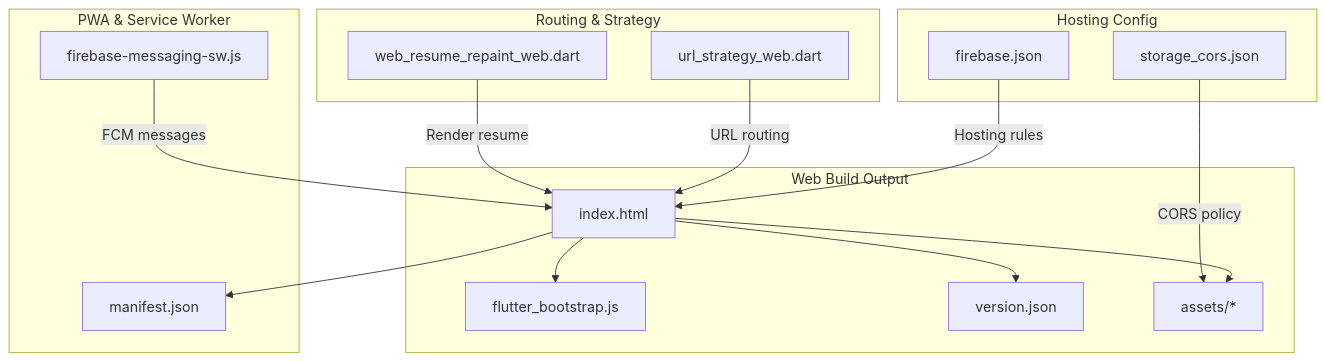
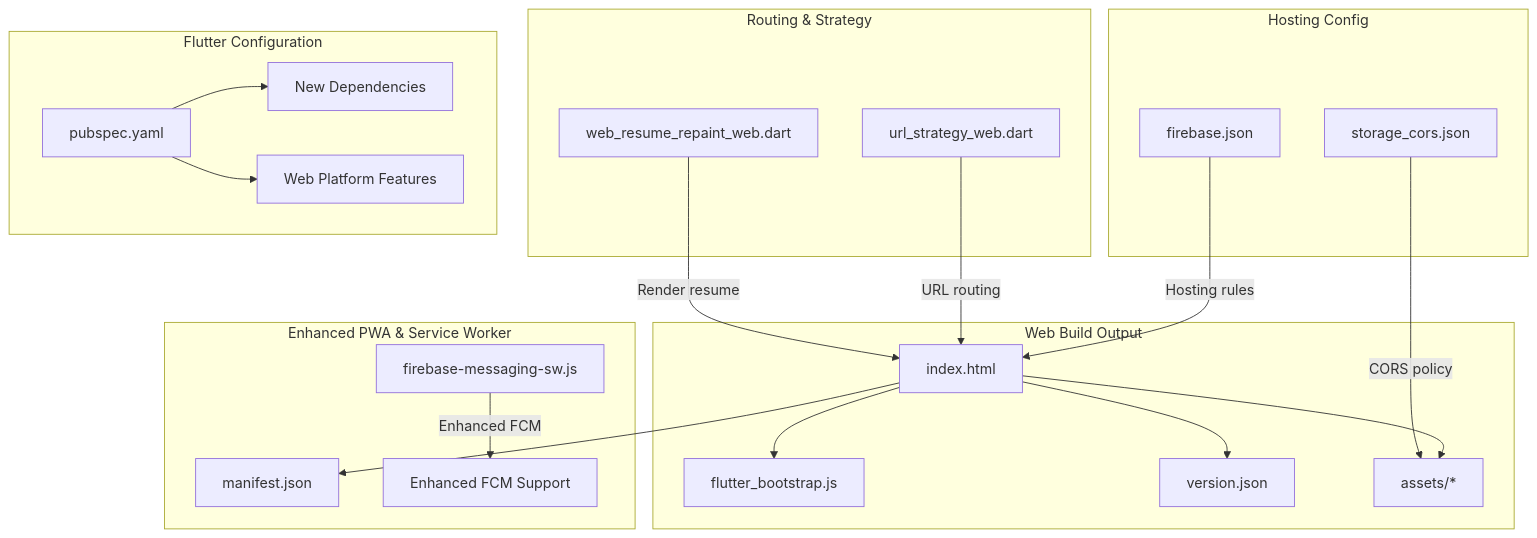
The first of 8 diagrams in .qoder/repowiki/en/content/Web Platform/Web Platform.md (raihom-netizen/com.gestaoyahwehios.app), drawn with Mermaid before and after one commit. The commit also changed other lines of this file and 504 other files, not shown here.

````diff
--- a/.qoder/repowiki/en/content/Web Platform/Web Platform.md
+++ b/.qoder/repowiki/en/content/Web Platform/Web Platform.md
@@ -53,30 +62,38 @@
 ```mermaid
 graph TB
 subgraph "Web Build Output"
 A["index.html"]
 B["flutter_bootstrap.js"]
 C["version.json"]
 D["assets/*"]
 end
-subgraph "PWA & Service Worker"
+subgraph "Enhanced PWA & Service Worker"
 E["manifest.json"]
 F["firebase-messaging-sw.js"]
+G["Enhanced FCM Support"]
 end
 subgraph "Hosting Config"
-G["firebase.json"]
-H["storage_cors.json"]
+H["firebase.json"]
+I["storage_cors.json"]
 end
 subgraph "Routing & Strategy"
-I["url_strategy_web.dart"]
-J["web_resume_repaint_web.dart"]
+J["url_strategy_web.dart"]
+K["web_resume_repaint_web.dart"]
+end
+subgraph "Flutter Configuration"
+L["pubspec.yaml"]
+M["New Dependencies"]
+N["Web Platform Features"]
 end
 A --> B
 A --> C
 A --> D
 A --> E
-F --> |FCM messages| A
-G --> |Hosting rules| A
-H --> |CORS policy| D
-I --> |URL routing| A
-J --> |Render resume| A
+F --> |Enhanced FCM| G
+H --> |Hosting rules| A
+I --> |CORS policy| D
+J --> |URL routing| A
+K --> |Render resume| A
+L --> M
+L --> N
 ```
````
